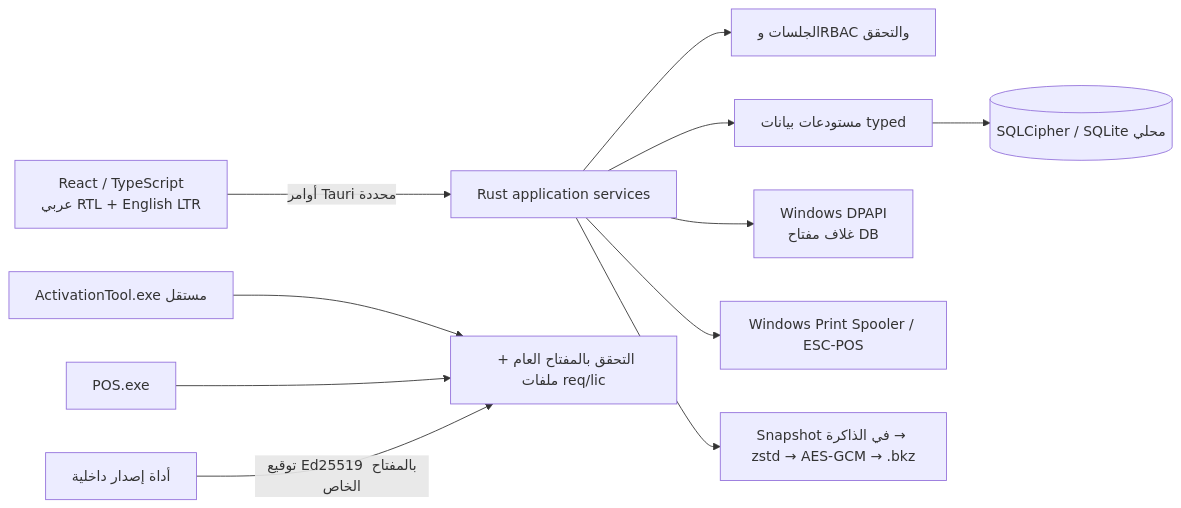
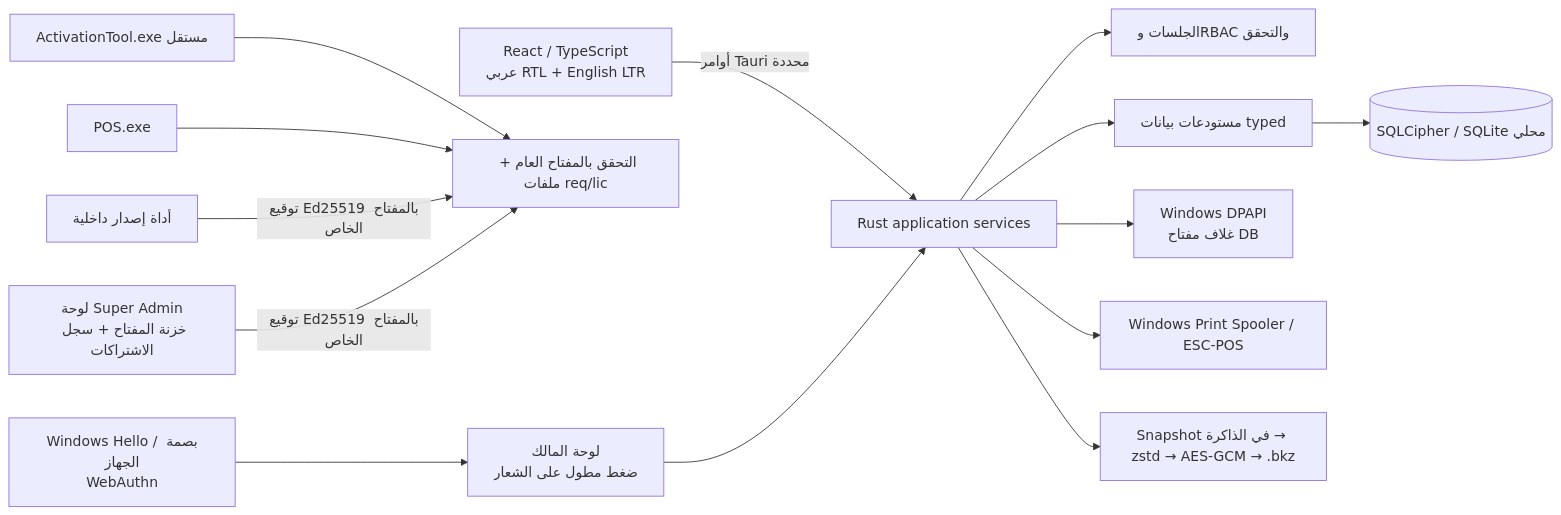
One commit to codzilla01/fashion_store changed the diagram in docs/ARCHITECTURE.md. Above: the diagram before and after it, drawn with Mermaid. The commit also changed other lines of this file and 9 other files, not shown here.

First line of the commit message:
feat(super-admin): bind the signing vault to the Windows account

````diff
--- a/docs/ARCHITECTURE.md
+++ b/docs/ARCHITECTURE.md
@@ -5,13 +5,16 @@
 ```mermaid
 flowchart LR
   UI[React / TypeScript<br/>عربي RTL + English LTR] -->|أوامر Tauri محددة| APP[Rust application services]
   APP --> AUTH[الجلسات وRBAC والتحقق]
   APP --> REPO[مستودعات بيانات typed]
   REPO --> CIPHER[(SQLCipher / SQLite محلي)]
   APP --> DPAPI[Windows DPAPI<br/>غلاف مفتاح DB]
   APP --> PRINT[Windows Print Spooler / ESC-POS]
   APP --> BK[Snapshot في الذاكرة → zstd → AES-GCM → .bkz]
   ACT[ActivationTool.exe مستقل] --> LIC[التحقق بالمفتاح العام + ملفات req/lic]
   POS[POS.exe] --> LIC
   ISSUER[أداة إصدار داخلية] -->|توقيع Ed25519 بالمفتاح الخاص| LIC
+  SUPER[لوحة Super Admin<br/>خزنة المفتاح + سجل الاشتراكات] -->|توقيع Ed25519 بالمفتاح الخاص| LIC
+  OWNER[لوحة المالك<br/>ضغط مطول على الشعار] --> APP
+  BIOMETRIC[Windows Hello / بصمة الجهاز<br/>WebAuthn] --> OWNER
 ```
````
